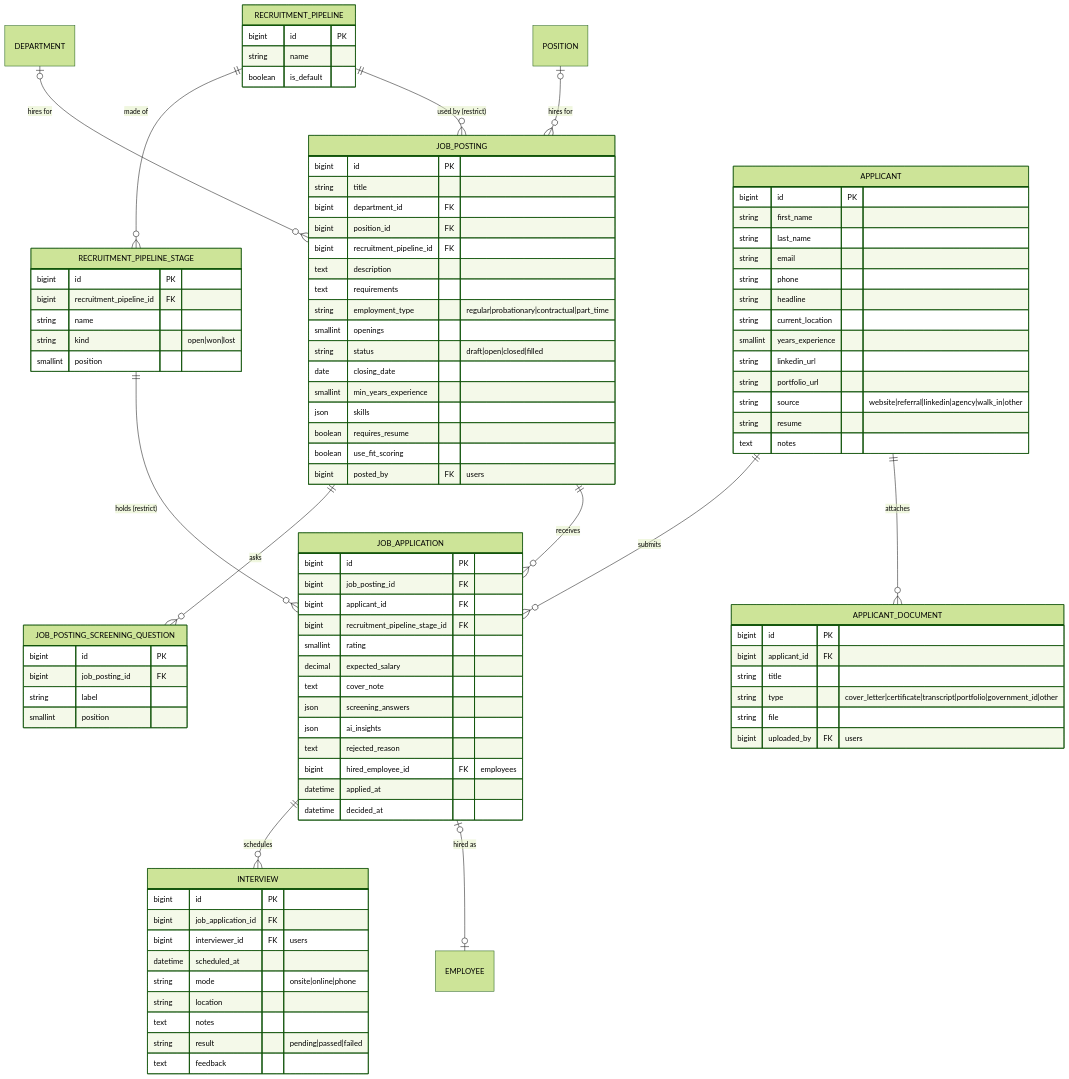
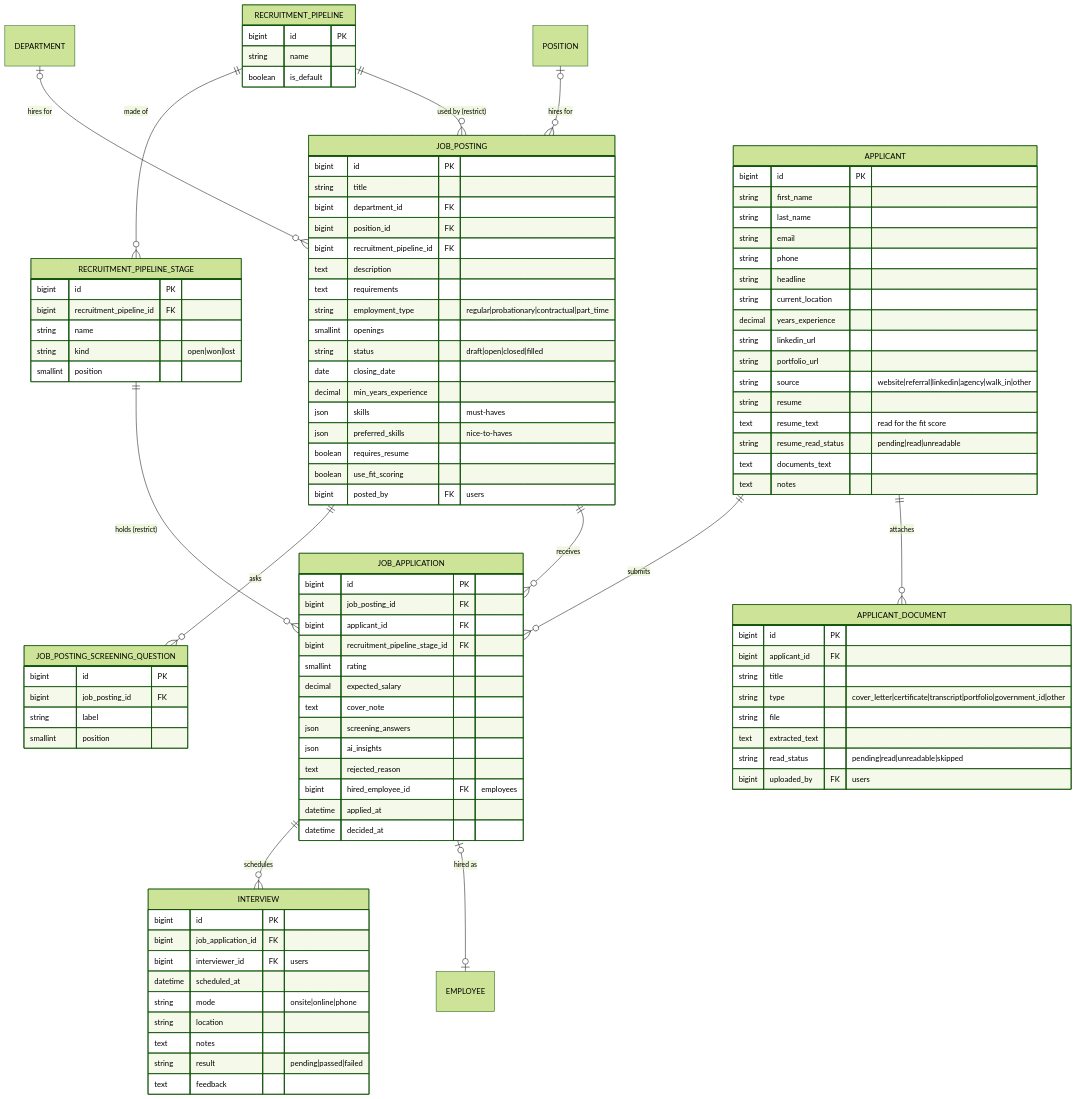
The fifth of 15 diagrams in docs/database/erd.md (earlkian8/synapse), drawn with Mermaid (forest theme) before and after one commit. The commit also changed 54 other files, not shown here.

```diff
--- a/docs/database/erd.md
+++ b/docs/database/erd.md
@@ -666,8 +666,9 @@
         smallint openings
         string status "draft|open|closed|filled"
         date closing_date
-        smallint min_years_experience
-        json skills
+        decimal min_years_experience
+        json skills "must-haves"
+        json preferred_skills "nice-to-haves"
         boolean requires_resume
         boolean use_fit_scoring
         bigint posted_by FK "users"
@@ -686,11 +687,14 @@
         string phone
         string headline
         string current_location
-        smallint years_experience
+        decimal years_experience
         string linkedin_url
         string portfolio_url
         string source "website|referral|linkedin|agency|walk_in|other"
         string resume
+        text resume_text "read for the fit score"
+        string resume_read_status "pending|read|unreadable"
+        text documents_text
         text notes
     }
     APPLICANT_DOCUMENT {
@@ -699,6 +703,8 @@
         string title
         string type "cover_letter|certificate|transcript|portfolio|government_id|other"
         string file
+        text extracted_text
+        string read_status "pending|read|unreadable|skipped"
         bigint uploaded_by FK "users"
     }
     JOB_APPLICATION {
```
